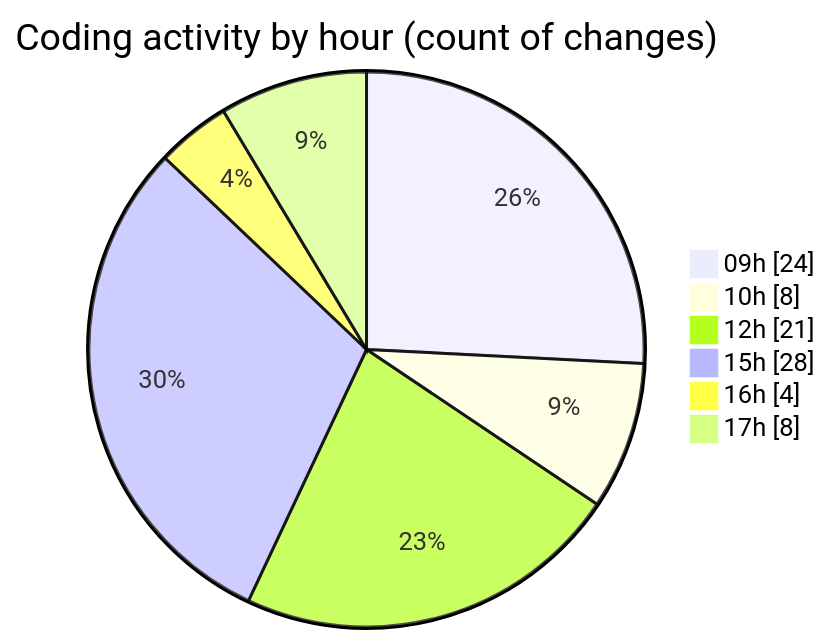
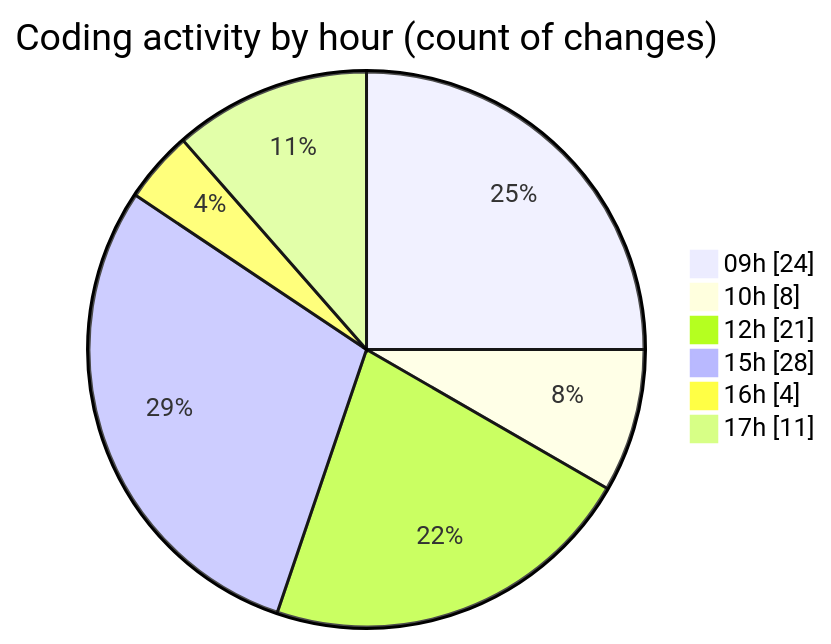
One commit to lephambinh05/code-tracking changed the second of 2 diagrams in 2025-08-18/rentotp/README.md. Above: the diagram before and after it, drawn with Mermaid. The commit also changed other lines of this file and 1 other file, not shown here.

````diff
--- a/2025-08-18/rentotp/README.md
+++ b/2025-08-18/rentotp/README.md
@@ -63,10 +63,10 @@
 ```mermaid
 pie showData
 title Coding activity by hour (count of changes)
 "09h" : 24
 "10h" : 8
 "12h" : 21
 "15h" : 28
 "16h" : 4
-"17h" : 8
+"17h" : 11
 ```
````
